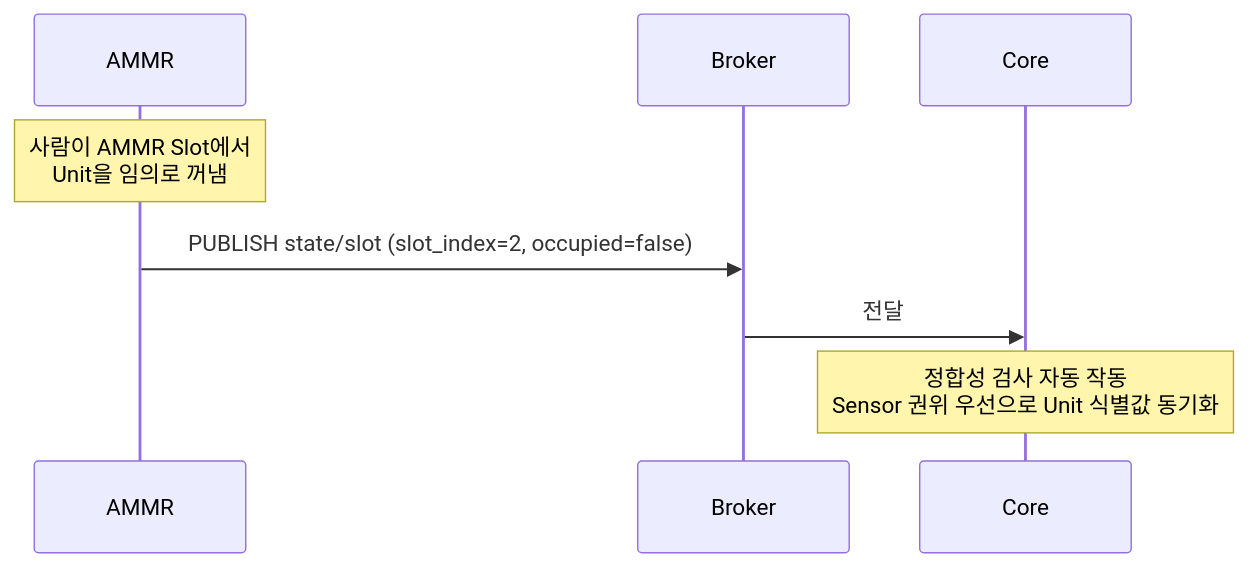
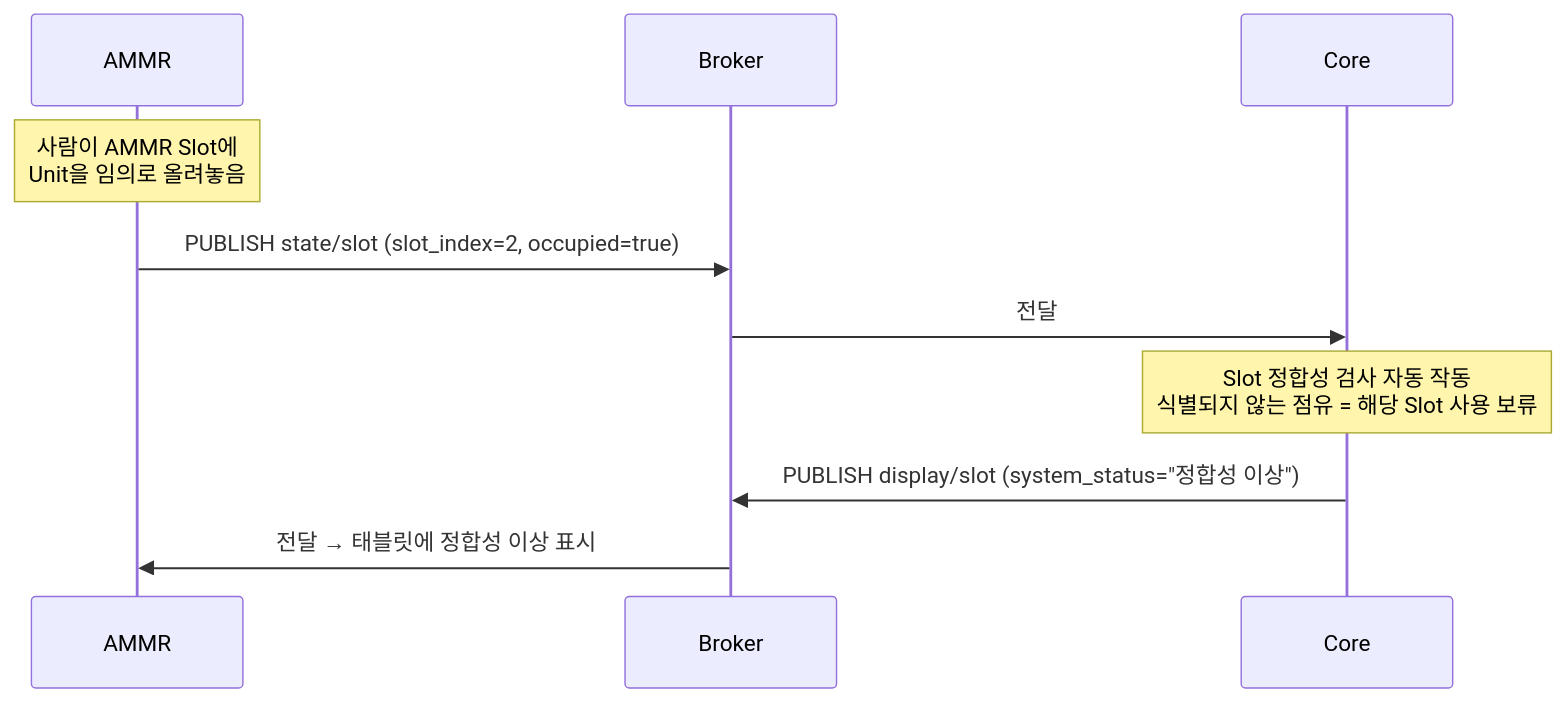
Before and after one commit to kimminsu0315/Core-Docs: the eighth of 12 diagrams in docs/out/Core_ICD_AMMR.md, drawn with Mermaid. The commit also changed other lines of this file and 7 other files, not shown here.

Commit message:
누적 작업 전체 동기화 (d32) — 본체 SRS d97·SAD d147·RnR d32 / 외부전달 SRS_AMMR d21·ICD_AMMR d21·UI d31

````diff
--- a/docs/out/Core_ICD_AMMR.md
+++ b/docs/out/Core_ICD_AMMR.md
@@ -756,11 +1120,13 @@
 ```mermaid
 sequenceDiagram
     participant A as AMMR
     participant B as Broker
     participant C as Core
 
-    Note over A: 사람이 AMMR Slot에서<br/>Unit을 임의로 꺼냄
-    A->>B: PUBLISH state/slot (slot_index=2, occupied=false)
+    Note over A: 사람이 AMMR Slot에<br/>Unit을 임의로 올려놓음
+    A->>B: PUBLISH state/slot (slot_index=2, occupied=true)
     B->>C: 전달
-      Note over C: 정합성 검사 자동 작동<br/>Sensor 권위 우선으로 Unit 식별값 동기화
+    Note over C: Slot 정합성 검사 자동 작동<br/>식별되지 않는 점유 = 해당 Slot 사용 보류
+    C->>B: PUBLISH display/slot (system_status="정합성 이상")
+    B->>A: 전달 → 태블릿에 정합성 이상 표시
 ```
````
